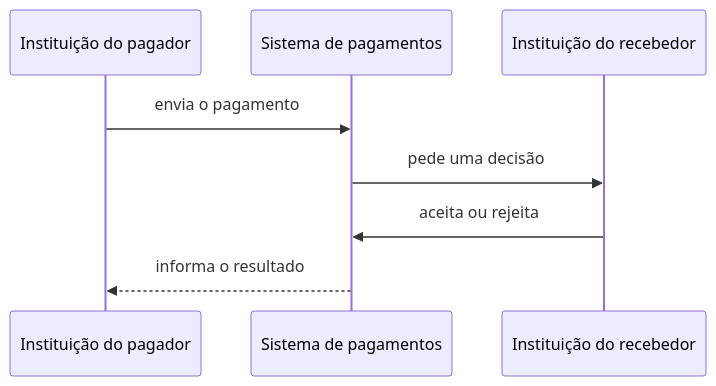
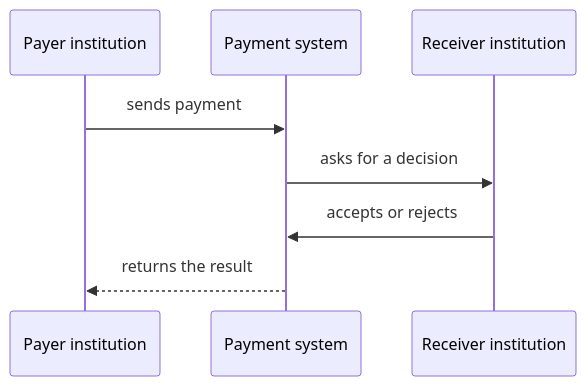
The first of 2 diagrams in docs/design.md (borgeskauan/instant-payment-system), drawn with Mermaid before and after one commit. The commit also changed other lines of this file and 7 other files, not shown here.

````diff
--- a/docs/design.md
+++ b/docs/design.md
@@ -11,11 +11,11 @@
 ```mermaid
 sequenceDiagram
-    participant P as Instituição do pagador
-    participant S as Sistema de pagamentos
-    participant R as Instituição do recebedor
+    participant P as Payer institution
+    participant S as Payment system
+    participant R as Receiver institution
 
-    P->>S: envia o pagamento
-    S->>R: pede uma decisão
-    R->>S: aceita ou rejeita
-    S-->>P: informa o resultado
+    P->>S: sends payment
+    S->>R: asks for a decision
+    R->>S: accepts or rejects
+    S-->>P: returns the result
 ```
````
